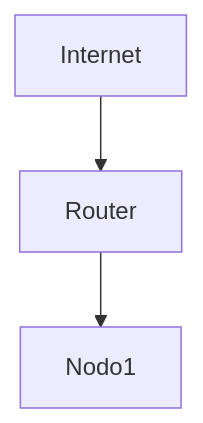
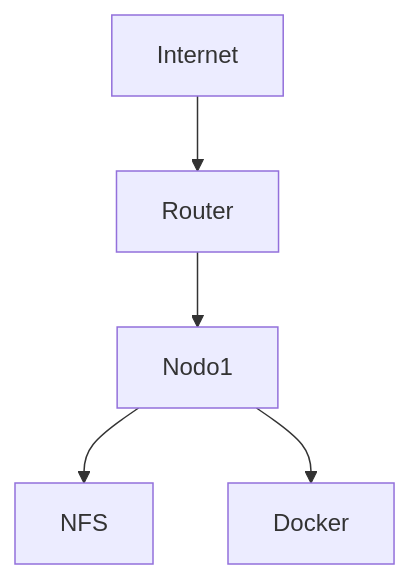
One commit to conf-27/Homelab changed the diagram in README.md. Above: the diagram before and after it, drawn with Mermaid.

````diff
--- a/README.md
+++ b/README.md
@@ -5,5 +5,7 @@
 ```mermaid
 graph TD
     Internet --> Router
     Router --> Nodo1
+    Nodo1 --> NFS
+    Nodo1 --> Docker
 ```
````
